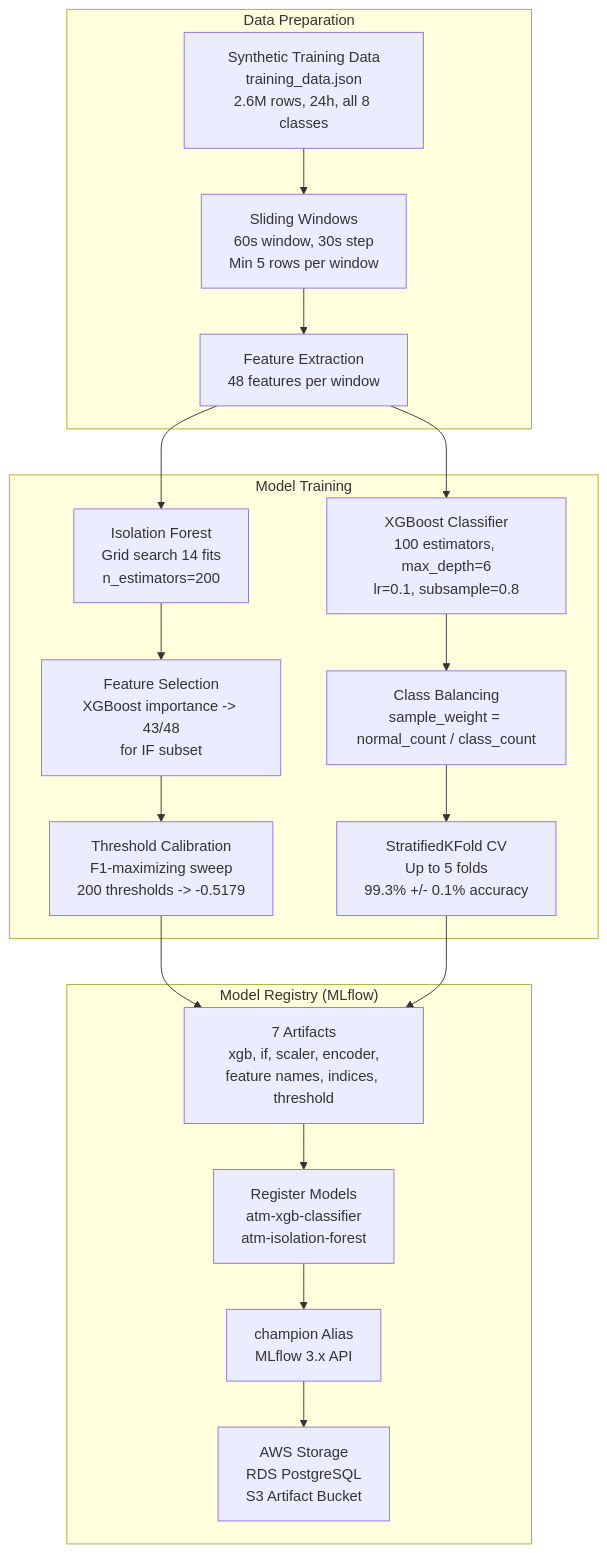
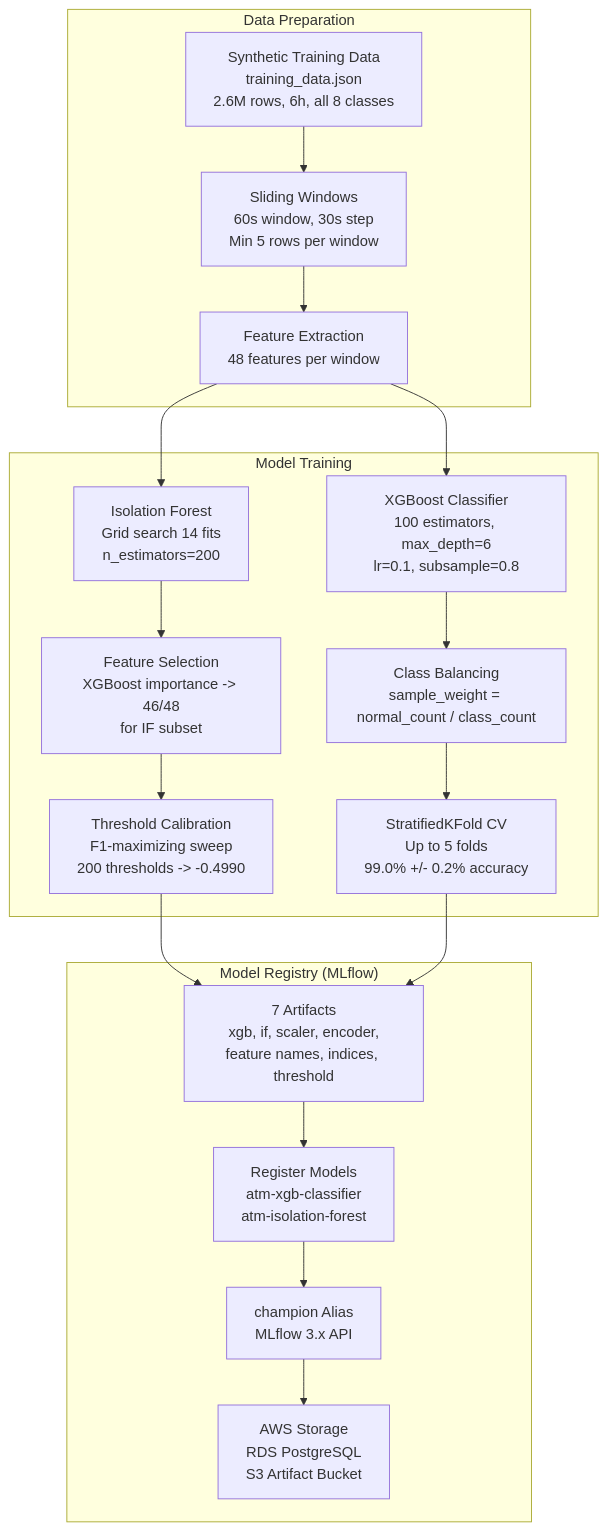
One commit to AhmedIkram05/laad changed the fifth of 10 diagrams in docs/README-full.md. Above: the diagram before and after it, drawn with Mermaid. The commit also changed other lines of this file and 1 other file, not shown here.

First line of the commit message:
docs: update anomaly detection metrics and training dataset details in README

````diff
--- a/docs/README-full.md
+++ b/docs/README-full.md
@@ -675,29 +676,29 @@
 ```mermaid
 flowchart TD
   subgraph Data ["Data Preparation"]
-    SYNTH["Synthetic Training Data<br/>training_data.json<br/>2.6M rows, 24h, all 8 classes"]
+    SYNTH["Synthetic Training Data<br/>training_data.json<br/>2.6M rows, 6h, all 8 classes"]
     WIN["Sliding Windows<br/>60s window, 30s step<br/>Min 5 rows per window"]
     FE["Feature Extraction<br/>48 features per window"]
   end
 
   subgraph Training ["Model Training"]
     XGB_TRAIN["XGBoost Classifier<br/>100 estimators, max_depth=6<br/>lr=0.1, subsample=0.8"]
-    CV["StratifiedKFold CV<br/>Up to 5 folds<br/>99.3% +/- 0.1% accuracy"]
+    CV["StratifiedKFold CV<br/>Up to 5 folds<br/>99.0% +/- 0.2% accuracy"]
     BAL["Class Balancing<br/>sample_weight = normal_count / class_count"]
     IF_TRAIN["Isolation Forest<br/>Grid search 14 fits<br/>n_estimators=200"]
-    FS["Feature Selection<br/>XGBoost importance -> 43/48<br/>for IF subset"]
-    TC["Threshold Calibration<br/>F1-maximizing sweep<br/>200 thresholds -> -0.5179"]
+    FS["Feature Selection<br/>XGBoost importance -> 46/48<br/>for IF subset"]
+    TC["Threshold Calibration<br/>F1-maximizing sweep<br/>200 thresholds -> -0.4990"]
   end
 
   subgraph Registry ["Model Registry (MLflow)"]
     SAVE["7 Artifacts<br/>xgb, if, scaler, encoder,<br/>feature names, indices, threshold"]
     REG["Register Models<br/>atm-xgb-classifier<br/>atm-isolation-forest"]
     ALIAS["champion Alias<br/>MLflow 3.x API"]
     AWS["AWS Storage<br/>RDS PostgreSQL<br/>S3 Artifact Bucket"]
   end
 
   SYNTH --> WIN --> FE
   FE --> XGB_TRAIN --> BAL --> CV
   FE --> IF_TRAIN --> FS --> TC
   TC & CV --> SAVE --> REG --> ALIAS --> AWS
 ```
````
